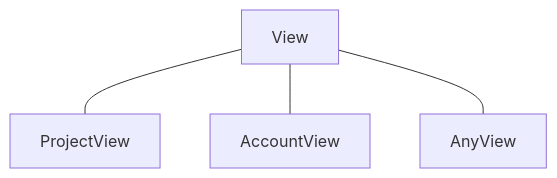
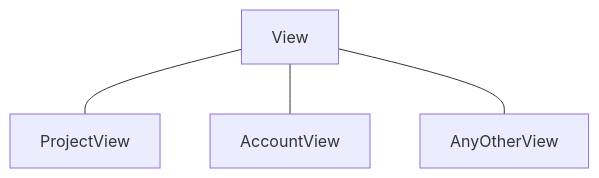
Before and after one commit to nielinjie/noAccount: the sixth of 6 diagrams in domain/domain.md, drawn with Mermaid. The commit also changed 10 other files, not shown here.

Commit message:
timeline

````diff
--- a/domain/domain.md
+++ b/domain/domain.md
@@ -93,6 +93,6 @@
 ```mermaid
 flowchart TB
     View --- ProjectView
     View --- AccountView
-    View --- AnyView
+    View --- AnyOtherView
 ```
````
